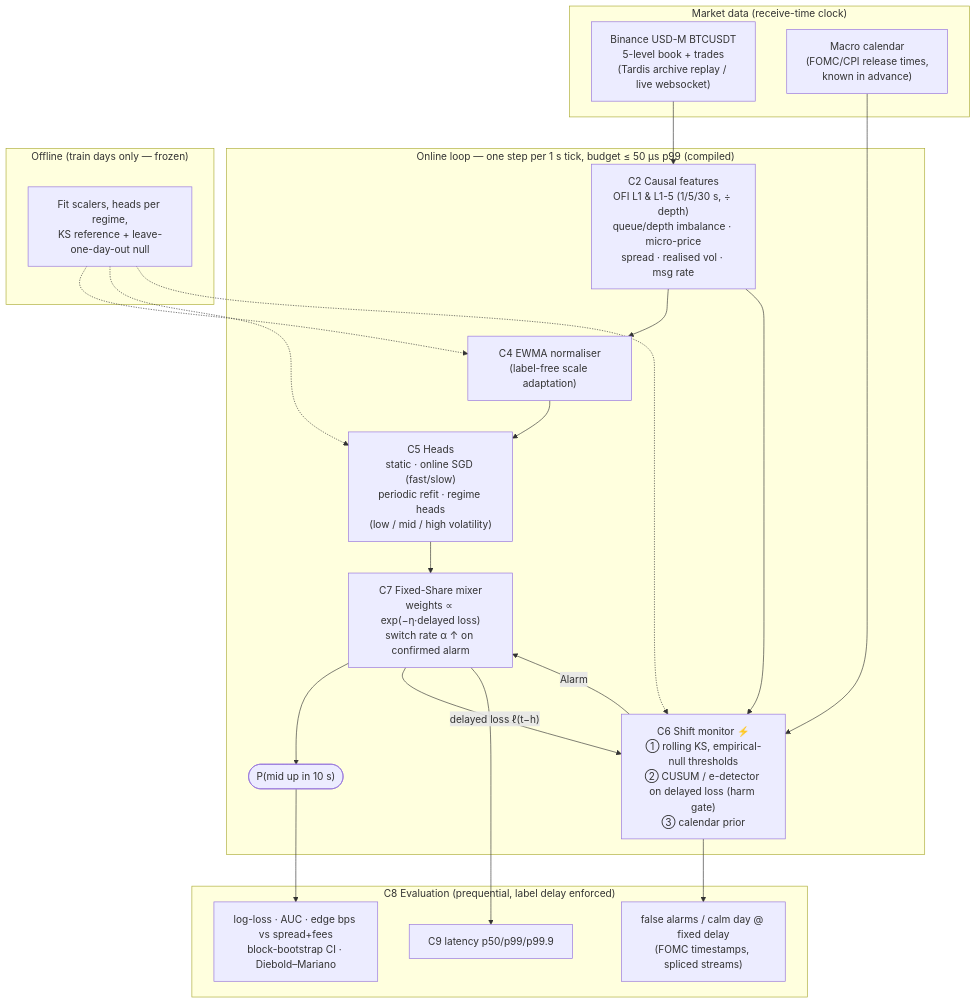
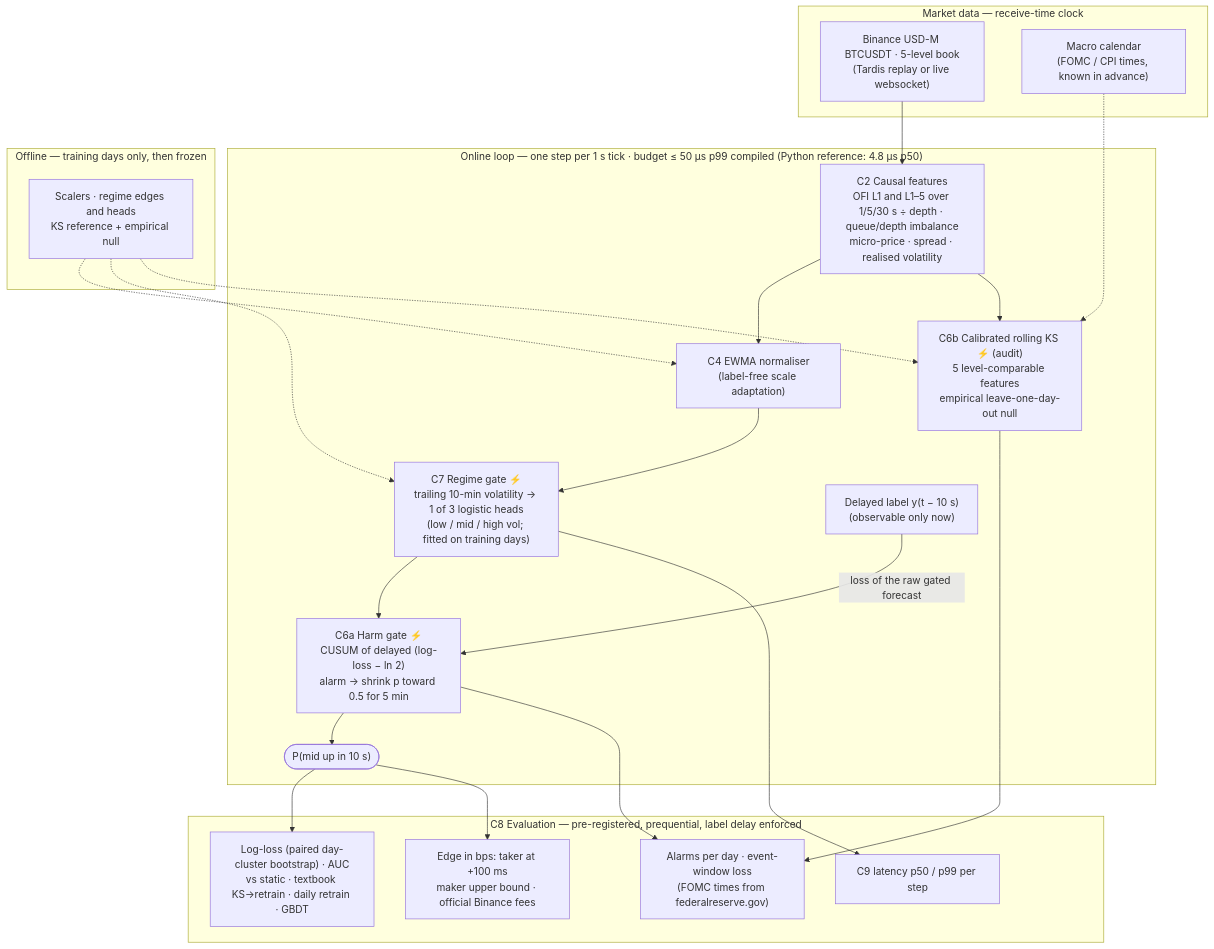
The diagram in perceptron-p04-lob-regimes/deliverables/architecture.md (imdigitalashish/techfest-2026), drawn with Mermaid before and after one commit. The commit also changed other lines of this file and 8 other files, not shown here.

Commit message:
perceptron-p04-lob-regimes: final abstract (868 words, v2 numbers, [TEAM]), architecture diagram + FOMC replay figure, ADR 001 v2 outcome, landscape v2 + fee source, final selection memo (3.8/5), number check passes, reviews ledger

````diff
--- a/perceptron-p04-lob-regimes/deliverables/architecture.md
+++ b/perceptron-p04-lob-regimes/deliverables/architecture.md
@@ -3,36 +3,38 @@
 ```mermaid
 flowchart TB
-  subgraph DATA["Market data (receive-time clock)"]
-    WS["Binance USD-M BTCUSDT<br/>5-level book + trades<br/>(Tardis archive replay / live websocket)"]
-    CAL["Macro calendar<br/>(FOMC/CPI release times,<br/>known in advance)"]
+  subgraph DATA["Market data — receive-time clock"]
+    WS["Binance USD-M BTCUSDT · 5-level book<br/>(Tardis replay or live websocket)"]
+    CAL["Macro calendar<br/>(FOMC / CPI times, known in advance)"]
   end
 
-  subgraph HOT["Online loop — one step per 1 s tick, budget ≤ 50 µs p99 (compiled)"]
-    F["C2 Causal features<br/>OFI L1 & L1-5 (1/5/30 s, ÷ depth)<br/>queue/depth imbalance · micro-price<br/>spread · realised vol · msg rate"]
+  subgraph HOT["Online loop — one step per 1 s tick · budget ≤ 50 µs p99 compiled (Python reference: 4.8 µs p50)"]
+    F["C2 Causal features<br/>OFI L1 and L1–5 over 1/5/30 s ÷ depth · queue/depth imbalance<br/>micro-price · spread · realised volatility"]
     N["C4 EWMA normaliser<br/>(label-free scale adaptation)"]
-    H["C5 Heads<br/>static · online SGD (fast/slow)<br/>periodic refit · regime heads<br/>(low / mid / high volatility)"]
-    M["C7 Fixed-Share mixer<br/>weights ∝ exp(−η·delayed loss)<br/>switch rate α ↑ on confirmed alarm"]
-    S["C6 Shift monitor ⚡<br/>① rolling KS, empirical-null thresholds<br/>② CUSUM / e-detector on delayed loss (harm gate)<br/>③ calendar prior"]
+    G["C7 Regime gate ⚡<br/>trailing 10-min volatility → 1 of 3 logistic heads<br/>(low / mid / high vol; fitted on training days)"]
+    H["C6a Harm gate ⚡<br/>CUSUM of delayed (log-loss − ln 2)<br/>alarm → shrink p toward 0.5 for 5 min"]
+    K["C6b Calibrated rolling KS ⚡ (audit)<br/>5 level-comparable features<br/>empirical leave-one-day-out null"]
+    Y["Delayed label y(t − 10 s)<br/>(observable only now)"]
     P(["P(mid up in 10 s)"])
   end
 
-  subgraph OFF["Offline (train days only — frozen)"]
-    TR["Fit scalers, heads per regime,<br/>KS reference + leave-one-day-out null"]
+  subgraph OFF["Offline — training days only, then frozen"]
+    TR["Scalers · regime edges and heads<br/>KS reference + empirical null"]
   end
 
-  subgraph EVAL["C8 Evaluation (prequential, label delay enforced)"]
-    E1["log-loss · AUC · edge bps vs spread+fees<br/>block-bootstrap CI · Diebold–Mariano"]
-    E2["false alarms / calm day @ fixed delay<br/>(FOMC timestamps, spliced streams)"]
-    E3["C9 latency p50/p99/p99.9"]
+  subgraph EVAL["C8 Evaluation — pre-registered, prequential, label delay enforced"]
+    E1["Log-loss (paired day-cluster bootstrap) · AUC<br/>vs static · textbook KS→retrain · daily retrain · GBDT"]
+    E2["Alarms per day · event-window loss<br/>(FOMC times from federalreserve.gov)"]
+    E3["Edge in bps: taker at +100 ms<br/>maker upper bound · official Binance fees"]
+    E4["C9 latency p50 / p99 per step"]
   end
 
-  WS --> F --> N --> H --> M --> P
-  F --> S
-  CAL --> S
-  M -- "delayed loss ℓ(t−h)" --> S
-  S -- "Alarm" --> M
-  TR -.-> N & H & S
-  P --> E1
-  S --> E2
-  M --> E3
+  WS --> F --> N --> G --> H --> P
+  F --> K
+  CAL -.-> K
+  Y -- "loss of the raw gated forecast" --> H
+  TR -.-> N & G & K
+  P --> E1 & E3
+  K --> E2
+  H --> E2
+  G --> E4
 ```
````
